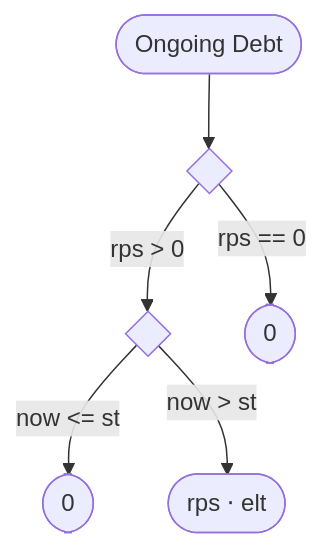
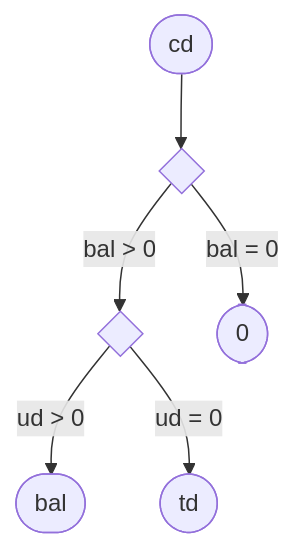
The fifth of 9 diagrams in docs/reference/flow/01-diagrams.md (sablier-labs/docs), drawn with Mermaid before and after one commit. The commit also changed other lines of this file and 3 other files, not shown here.

Commit message:
removes streamId from sequence diagrams categorizes diagrams in Flow access control simplifies diagrams in Lockup access control defines ongoing debt in Flow overview fixes definition of snapshot debt in Flow overview adds abbreviations in Flow diagrams

````diff
--- a/docs/reference/flow/01-diagrams.md
+++ b/docs/reference/flow/01-diagrams.md
@@ -110,15 +96,16 @@
 ```mermaid
 flowchart TD
-rca([Ongoing Debt])
-di0{ }
-di1{ }
-res_00([0 ])
-res_01([0 ])
-res_rca(["rps &sdot; elt"])
+    di0{ }:::blue0
+    di1{ }:::blue0
+    cd([cd])
+    res_0([0 ])
+    res_bal([bal])
+    res_sum([td])
 
-rca --> di0
-di0 -- "rps > 0" --> di1
-di0 -- "rps == 0" --> res_00
-di1 -- "now <= st" --> res_01
-di1 -- "now > st" --> res_rca
+
+    cd --> di0
+    di0 -- "bal = 0" --> res_0
+    di0 -- "bal > 0" --> di1
+    di1 -- "ud > 0" --> res_bal
+    di1 -- "ud = 0" --> res_sum
 ```
````
